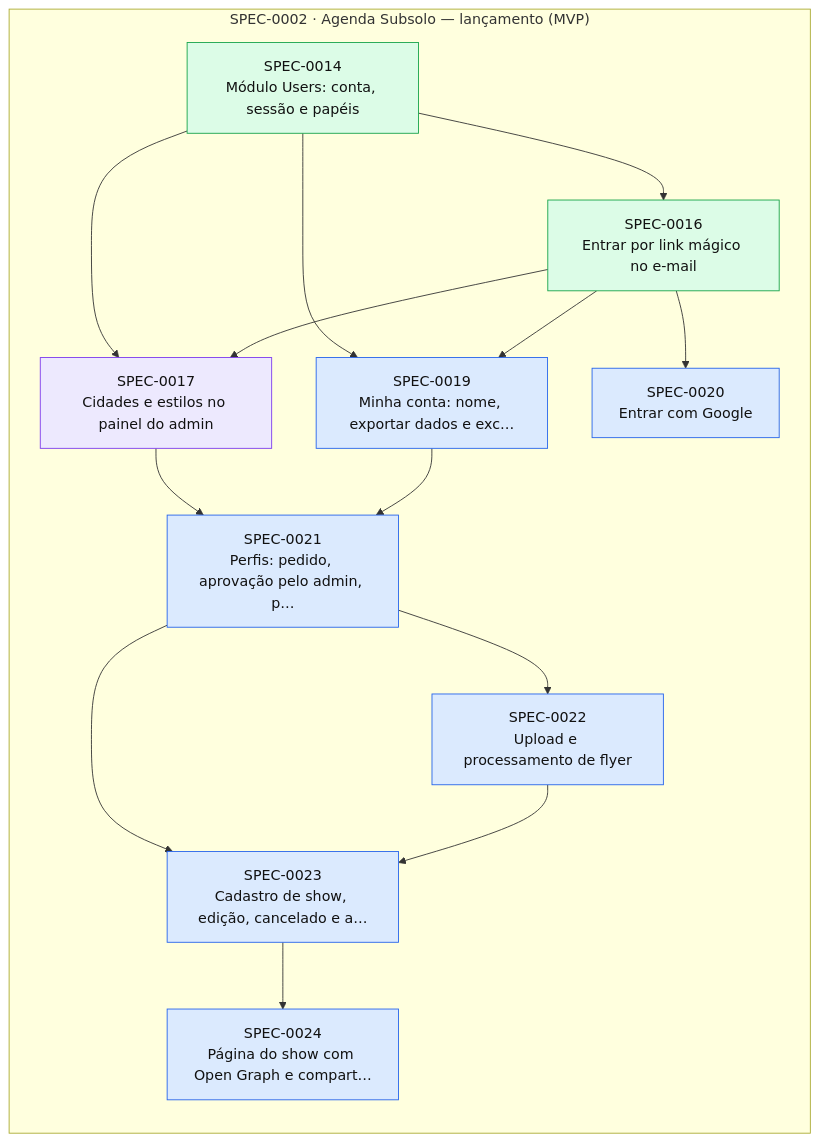
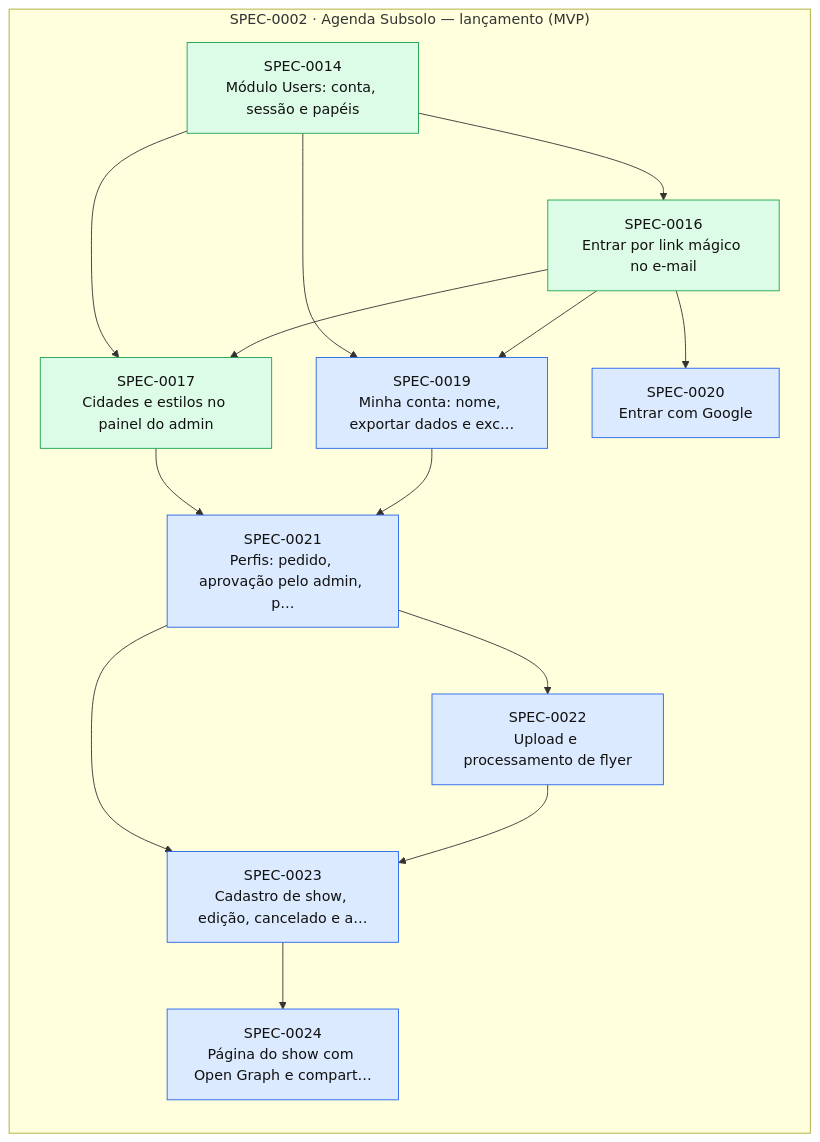
The diagram in docs/specs/INDEX.md (thomasravache/subsolo), drawn with Mermaid before and after one commit. The commit also changed other lines of this file and 3 other files, not shown here.

````diff
--- a/docs/specs/INDEX.md
+++ b/docs/specs/INDEX.md
@@ -71,31 +70,31 @@
 ```mermaid
 flowchart LR
   subgraph E0002["SPEC-0002 · Agenda Subsolo — lançamento (MVP)"]
     S0014["SPEC-0014<br/>Módulo Users: conta, sessão e papéis"]:::implemented
     S0016["SPEC-0016<br/>Entrar por link mágico no e-mail"]:::implemented
-    S0017["SPEC-0017<br/>Cidades e estilos no painel do admin"]:::inprogress
+    S0017["SPEC-0017<br/>Cidades e estilos no painel do admin"]:::implemented
     S0019["SPEC-0019<br/>Minha conta: nome, exportar dados e exc…"]:::approved
     S0020["SPEC-0020<br/>Entrar com Google"]:::approved
     S0021["SPEC-0021<br/>Perfis: pedido, aprovação pelo admin, p…"]:::approved
     S0022["SPEC-0022<br/>Upload e processamento de flyer"]:::approved
     S0023["SPEC-0023<br/>Cadastro de show, edição, cancelado e a…"]:::approved
     S0024["SPEC-0024<br/>Página do show com Open Graph e compart…"]:::approved
   end
   S0014 --> S0016
   S0014 --> S0017
   S0016 --> S0017
   S0014 --> S0019
   S0016 --> S0019
   S0016 --> S0020
   S0017 --> S0021
   S0019 --> S0021
   S0021 --> S0022
   S0021 --> S0023
   S0022 --> S0023
   S0023 --> S0024
   classDef proposed fill:#fef3c7,stroke:#d97706,color:#111
   classDef approved fill:#dbeafe,stroke:#2563eb,color:#111
   classDef inprogress fill:#ede9fe,stroke:#7c3aed,color:#111
   classDef implemented fill:#dcfce7,stroke:#16a34a,color:#111
   classDef deprecated fill:#f3f4f6,stroke:#9ca3af,color:#6b7280
 ```
````
